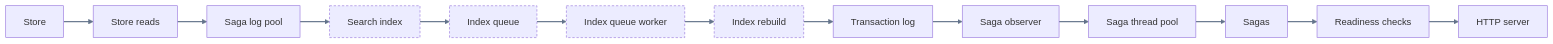
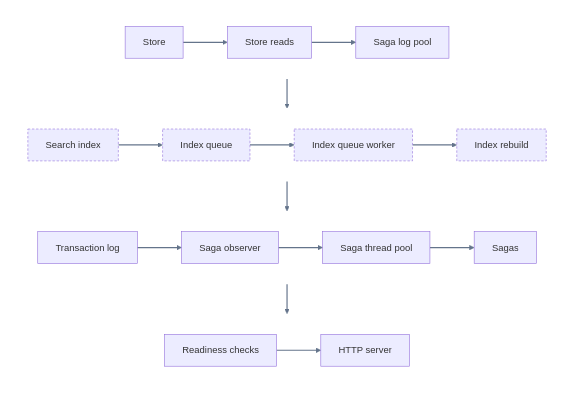
One commit to descoped/linked-data-store-project changed the second of 4 diagrams in docs/developer/architecture.md. Above: the diagram before and after it, drawn with Mermaid. The commit also changed other lines of this file and 48 other files, not shown here.

First line of the commit message:
The site: the landing page, every document checked against the code, and a roadmap (#70)

````diff
--- a/docs/developer/architecture.md
+++ b/docs/developer/architecture.md
@@ -117,13 +151,29 @@
 ```mermaid
-flowchart LR
-    store["Store"] --> reads["Store reads"] --> sagalog["Saga log pool"]
-    sagalog --> index["Search index"] --> queue["Index queue"]
-    queue --> worker["Index queue worker"] --> rebuild["Index rebuild"]
-    rebuild --> txlog["Transaction log"] --> observer["Saga observer"] --> pool["Saga thread pool"]
-    pool --> sagas["Sagas"] --> ready["Readiness checks"] --> http["HTTP server"]
+flowchart TB
+    subgraph one[" "]
+        direction LR
+        store["Store"] --> reads["Store reads"] --> sagalog["Saga log pool"]
+    end
+    subgraph two[" "]
+        direction LR
+        index["Search index"] --> queue["Index queue"] --> worker["Index queue worker"] --> rebuild["Index rebuild"]
+    end
+    subgraph three[" "]
+        direction LR
+        txlog["Transaction log"] --> observer["Saga observer"] --> pool["Saga thread pool"] --> sagas["Sagas"]
+    end
+    subgraph four[" "]
+        direction LR
+        ready["Readiness checks"] --> http["HTTP server"]
+    end
+    one --> two --> three --> four
+    style one fill:none,stroke:none
+    style two fill:none,stroke:none
+    style three fill:none,stroke:none
+    style four fill:none,stroke:none
     style index stroke-dasharray: 4 3
     style queue stroke-dasharray: 4 3
     style worker stroke-dasharray: 4 3
     style rebuild stroke-dasharray: 4 3
     linkStyle default stroke:#64748b,stroke-width:2px
 ```
````
